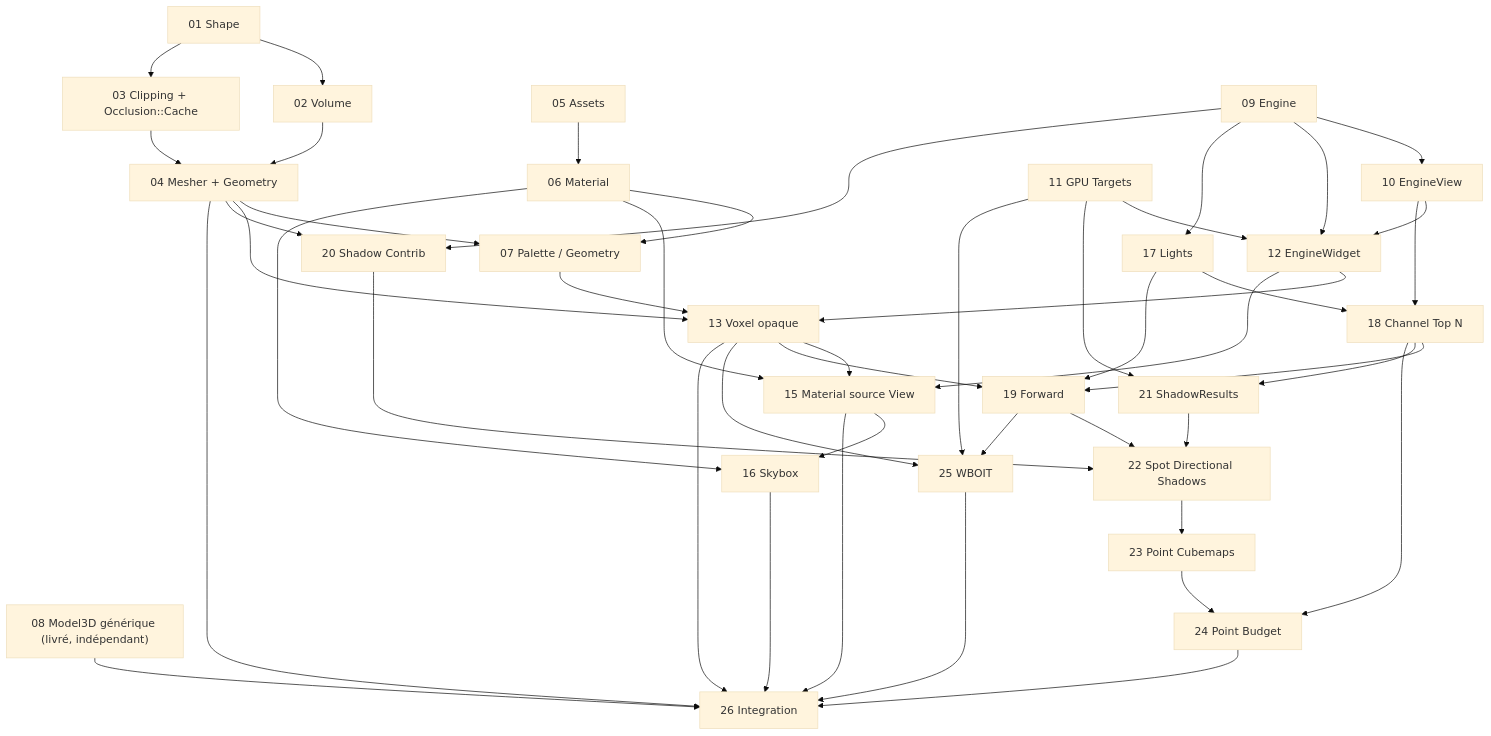
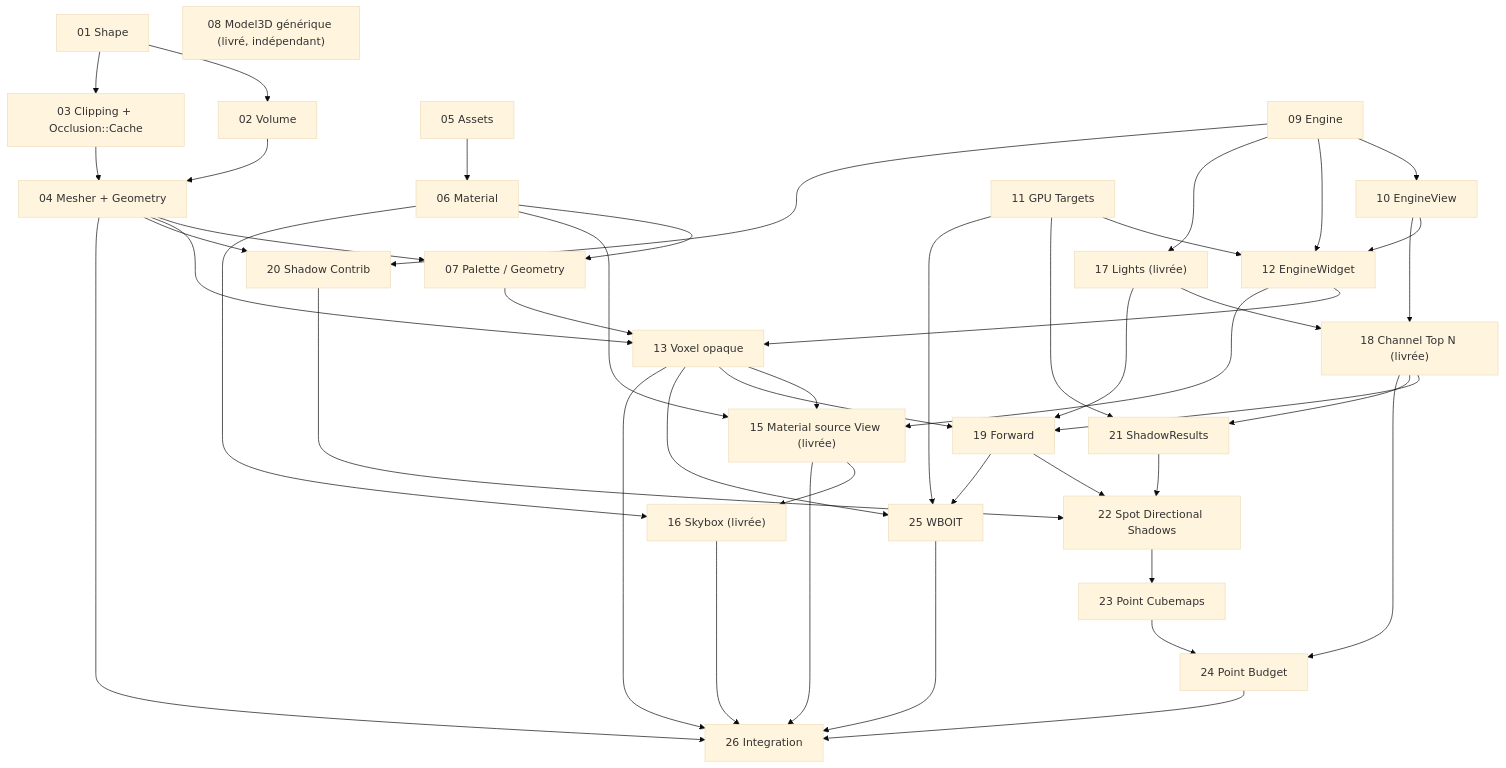
One commit to EreliaStudio/Sparkle changed the diagram in docs/voxel-engine-v0.1.4/implementation/DEPENDENCIES.md. Above: the diagram before and after it, drawn with Mermaid (base theme). The commit also changed other lines of this file and 15 other files, not shown here.

Commit message:
docs(v0.1.4): reconcile roadmap and light contract after PR18

````diff
--- a/docs/voxel-engine-v0.1.4/implementation/DEPENDENCIES.md
+++ b/docs/voxel-engine-v0.1.4/implementation/DEPENDENCIES.md
@@ -7,46 +7,45 @@
 ```mermaid
 flowchart TD
   P01["01 Shape"] --> P02["02 Volume"]
   P01 --> P03["03 Clipping + Occlusion::Cache"]
   P02 --> P04["04 Mesher + Geometry"]
   P03 --> P04
   P05["05 Assets"] --> P06["06 Material"]
   P04 --> P07["07 Palette / Geometry"]
   P06 --> P07
   P08["08 Model3D générique (livré, indépendant)"]
   P09["09 Engine"] --> P10["10 EngineView"]
   P11["11 GPU Targets"] --> P12["12 EngineWidget"]
   P10 --> P12
   P09 --> P12
   P04 --> P13["13 Voxel opaque"]
   P07 --> P13
   P12 --> P13
-  P06 --> P15["15 Material source View"]
+  P06 --> P15["15 Material source View (livrée)"]
   P12 --> P15
-  P13 --> P15 --> P16["16 Skybox"]
+  P13 --> P15 --> P16["16 Skybox (livrée)"]
   P06 --> P16
-  P09 --> P17["17 Lights"]
-  P17 --> P18["18 Channel Top N"]
+  P09 --> P17["17 Lights (livrée)"]
+  P17 --> P18["18 Channel Top N (livrée)"]
   P10 --> P18
   P18 --> P19["19 Forward"]
   P13 --> P19
   P17 --> P19
   P04 --> P20["20 Shadow Contrib"]
   P09 --> P20
   P18 --> P21["21 ShadowResults"]
   P11 --> P21
   P19 --> P22["22 Spot Directional Shadows"]
   P20 --> P22
   P21 --> P22 --> P23["23 Point Cubemaps"] --> P24["24 Point Budget"]
   P18 --> P24
   P19 --> P25["25 WBOIT"]
   P11 --> P25
   P13 --> P25
   P04 --> P26["26 Integration"]
-  P08 --> P26
   P13 --> P26
   P15 --> P26
   P16 --> P26
   P24 --> P26
   P25 --> P26
 ```
````
